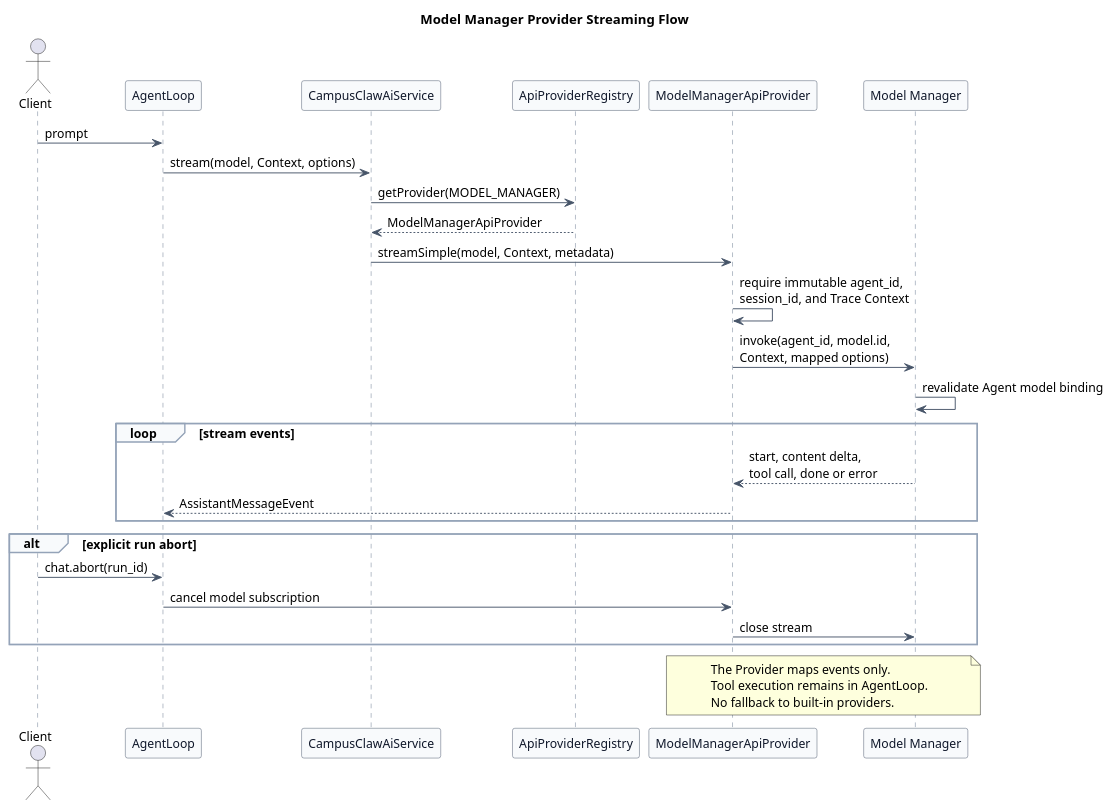
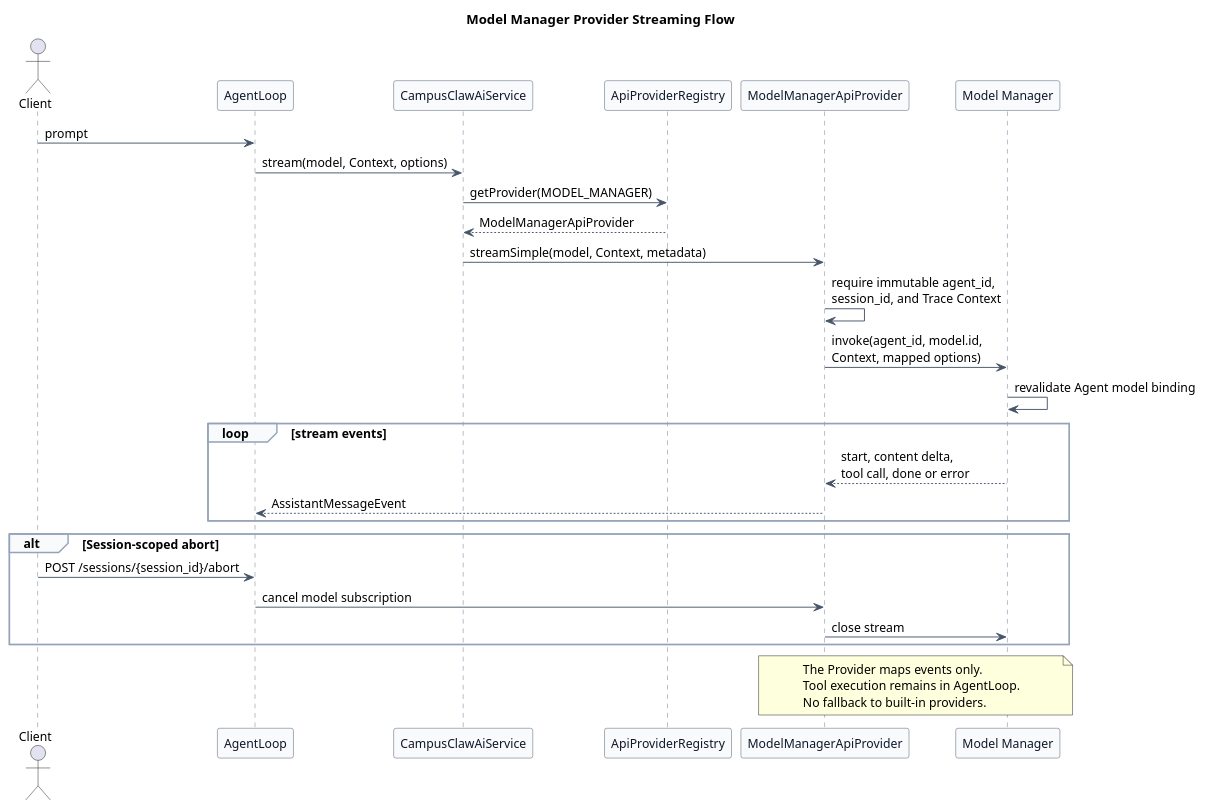
The fifth of 14 diagrams in pi-mono-java-manager-driven-multi-agent-runtime/diagram.puml (ssm0808/pi-mono-java-design), drawn with PlantUML before and after one commit. The commit also changed other lines of this file and 61 other files, not shown here.

```diff
--- a/pi-mono-java-manager-driven-multi-agent-runtime/diagram.puml
+++ b/pi-mono-java-manager-driven-multi-agent-runtime/diagram.puml
@@ -354,63 +354,63 @@
 @startuml model_manager_streaming_flow
 title Model Manager Provider Streaming Flow
 
 ' Source evidence:
 ' pi-mono packages/ai/src/types.ts: Model, Context, AssistantMessageEvent
 ' pi-mono-java modules/ai/src/main/java/com/campusclaw/ai/provider/ApiProvider.java: ApiProvider
 ' pi-mono-java modules/ai/src/main/java/com/campusclaw/ai/provider/ApiProviderRegistry.java: ApiProviderRegistry
 ' pi-mono-java modules/ai/src/main/java/com/campusclaw/ai/types/SimpleStreamOptions.java: metadata
 ' pi-mono-java modules/ai/src/main/java/com/campusclaw/ai/stream/AssistantMessageEvent.java: event records
 ' Observed behavior: Java dispatches by Model.api to a Spring-discovered ApiProvider.
 ' Architecture change: one MODEL_MANAGER Api routes every managed model through Model Manager.
 ' Design reason: model_id selects the model while agent_id authorizes it for the current Agent.
 
 skinparam backgroundColor #FFFFFF
 skinparam shadowing false
 skinparam defaultFontName Arial
 skinparam defaultFontSize 13
 skinparam participant {
   BackgroundColor #F8FAFC
   BorderColor #475569
   FontColor #0F172A
 }
 skinparam ArrowColor #475569
 skinparam sequence {
   LifeLineBorderColor #64748B
   LifeLineBackgroundColor #F8FAFC
   GroupBorderColor #94A3B8
   GroupBackgroundColor #F8FAFC
 }
 
 actor Client
 participant "AgentLoop" as Loop
 participant "CampusClawAiService" as AiService
 participant "ApiProviderRegistry" as Registry
 participant "ModelManagerApiProvider" as Provider
 participant "Model Manager" as ModelManager
 
 Client -> Loop : prompt
 Loop -> AiService : stream(model, Context, options)
 AiService -> Registry : getProvider(MODEL_MANAGER)
 Registry --> AiService : ModelManagerApiProvider
 AiService -> Provider : streamSimple(model, Context, metadata)
 Provider -> Provider : require immutable agent_id,\nsession_id, and Trace Context
 Provider -> ModelManager : invoke(agent_id, model.id,\nContext, mapped options)
 ModelManager -> ModelManager : revalidate Agent model binding
 
 loop stream events
   ModelManager --> Provider : start, content delta,\ntool call, done or error
   Provider --> Loop : AssistantMessageEvent
 end
 
-alt explicit run abort
-  Client -> Loop : chat.abort(run_id)
+alt Session-scoped abort
+  Client -> Loop : POST /sessions/{session_id}/abort
   Loop -> Provider : cancel model subscription
   Provider -> ModelManager : close stream
 end
 
 note over Provider,ModelManager
 The Provider maps events only.
 Tool execution remains in AgentLoop.
 No fallback to built-in providers.
 end note
 @enduml
```
